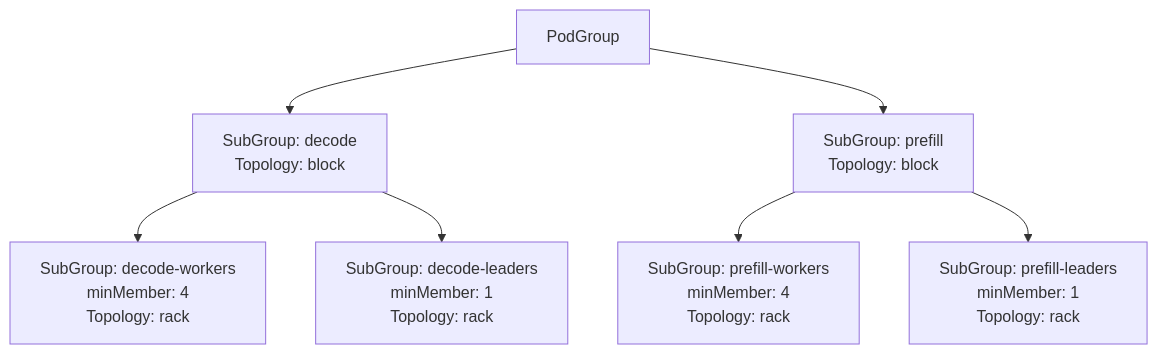
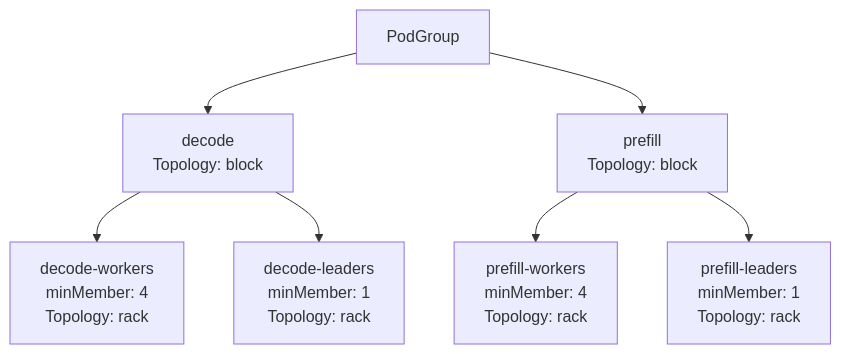
The second of 2 diagrams in docs/developer/designs/hierarchical-podgroup/README.md (NVIDIA/KAI-Scheduler), drawn with Mermaid before and after one commit. The commit also changed other lines of this file, not shown here.

Commit message:
Decoupled SubGroup concept from TopologyConstraints in PodGroup spec

````diff
--- a/docs/developer/designs/hierarchical-podgroup/README.md
+++ b/docs/developer/designs/hierarchical-podgroup/README.md
@@ -149,20 +188,20 @@
 ```mermaid
 graph TD
     PG[PodGroup]
 
-    Decode[SubGroup: decode<br>Topology: block]
-    DecodeWorkers[SubGroup: decode-workers<br>minMember: 4<br>Topology: rack]
-    DecodeLeaders[SubGroup: decode-leaders<br>minMember: 1<br>Topology: rack]
+    Decode[decode<br>Topology: block]
+    DecodeWorkers[decode-workers<br>minMember: 4<br>Topology: rack]
+    DecodeLeaders[decode-leaders<br>minMember: 1<br>Topology: rack]
 
-    Prefill[SubGroup: prefill<br>Topology: block]
-    PrefillWorkers[SubGroup: prefill-workers<br>minMember: 4<br>Topology: rack]
-    PrefillLeaders[SubGroup: prefill-leaders<br>minMember: 1<br>Topology: rack]
+    Prefill[prefill<br>Topology: block]
+    PrefillWorkers[prefill-workers<br>minMember: 4<br>Topology: rack]
+    PrefillLeaders[prefill-leaders<br>minMember: 1<br>Topology: rack]
 
     PG --> Decode
     Decode --> DecodeWorkers
     Decode --> DecodeLeaders
 
     PG --> Prefill
     Prefill --> PrefillWorkers
     Prefill --> PrefillLeaders
 ```
````
